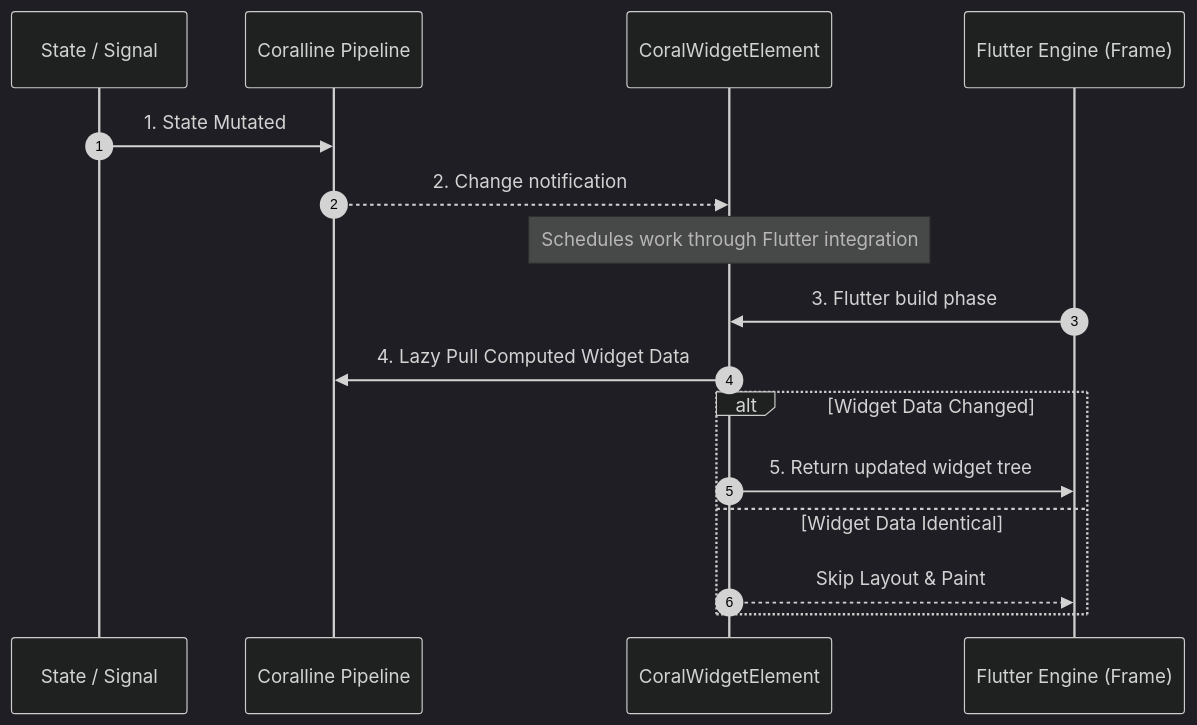
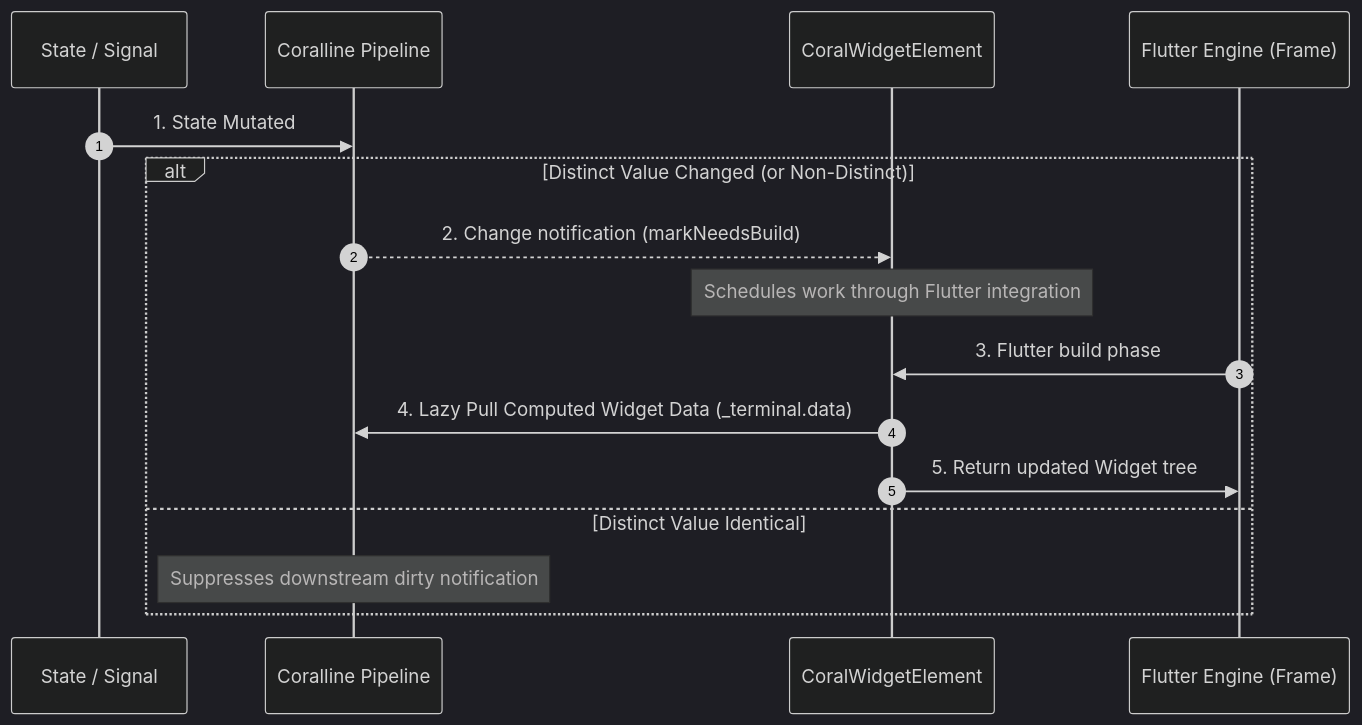
The second of 2 diagrams in coralline_flutter/README.md (pioneerjkf/coralline), drawn with Mermaid (dark theme) before and after one commit. The commit also changed other lines of this file and 47 other files, not shown here.

````diff
--- a/coralline_flutter/README.md
+++ b/coralline_flutter/README.md
@@ -79,18 +79,18 @@
 ```mermaid
 sequenceDiagram
     autonumber
     participant State as State / Signal
     participant Pipeline as Coralline Pipeline
     participant Element as CoralWidgetElement
     participant Engine as Flutter Engine (Frame)
     State->>Pipeline: 1. State Mutated
-    Pipeline-->>Element: 2. Change notification
-    Note over Element: Schedules work through Flutter integration
-    Engine->>Element: 3. Flutter build phase
-    Element->>Pipeline: 4. Lazy Pull Computed Widget Data
-    alt Widget Data Changed
-        Element->>Engine: 5. Return updated widget tree
-    else Widget Data Identical
-        Element-->>Engine: Skip Layout & Paint
+    alt Distinct Value Changed (or Non-Distinct)
+        Pipeline-->>Element: 2. Change notification (markNeedsBuild)
+        Note over Element: Schedules work through Flutter integration
+        Engine->>Element: 3. Flutter build phase
+        Element->>Pipeline: 4. Lazy Pull Computed Widget Data (_terminal.data)
+        Element->>Engine: 5. Return updated Widget tree
+    else Distinct Value Identical
+        Note over Pipeline: Suppresses downstream dirty notification
     end
 ```
````
